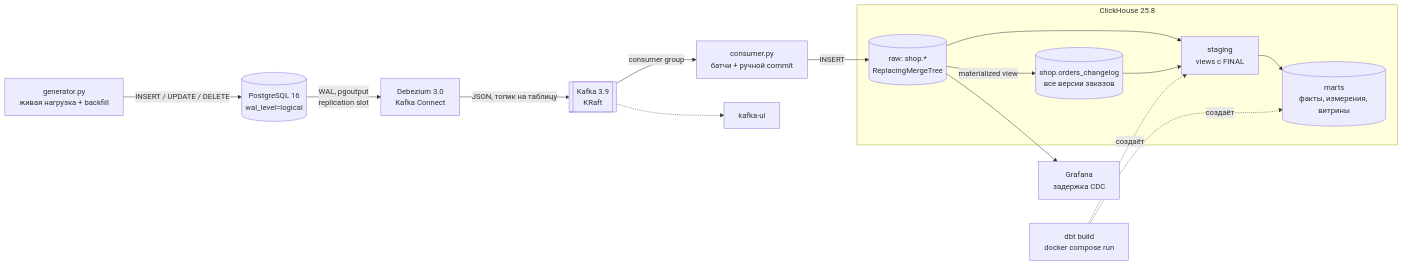
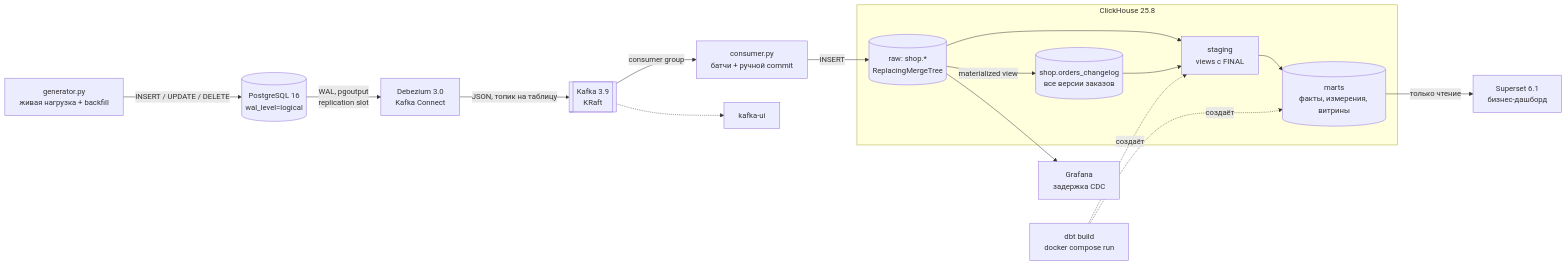
The diagram in README.md (Game-Fore/shop-data-platform), drawn with Mermaid before and after one commit. The commit also changed other lines of this file and 2 other files, not shown here.

````diff
--- a/README.md
+++ b/README.md
@@ -29,24 +30,25 @@
 ```mermaid
 flowchart LR
     G[generator.py<br/>живая нагрузка + backfill] -->|INSERT / UPDATE / DELETE| PG[(PostgreSQL 16<br/>wal_level=logical)]
     PG -->|WAL, pgoutput<br/>replication slot| DBZ[Debezium 3.0<br/>Kafka Connect]
     DBZ -->|JSON, топик на таблицу| K[[Kafka 3.9<br/>KRaft]]
     K -->|consumer group| C[consumer.py<br/>батчи + ручной commit]
 
     subgraph CH [ClickHouse 25.8]
         RAW[(raw: shop.*<br/>ReplacingMergeTree)]
         LOG[(shop.orders_changelog<br/>все версии заказов)]
         STG[staging<br/>views с FINAL]
         MARTS[(marts<br/>факты, измерения, витрины)]
         RAW -->|materialized view| LOG
         RAW --> STG
         LOG --> STG
         STG --> MARTS
     end
 
     C -->|INSERT| RAW
     DBT[dbt build<br/>docker compose run] -.->|создаёт| STG
     DBT -.->|создаёт| MARTS
+    MARTS -->|только чтение| BI[Superset 6.1<br/>бизнес-дашборд]
     RAW --> GR[Grafana<br/>задержка CDC]
     K -.-> UI[kafka-ui]
 ```
````
